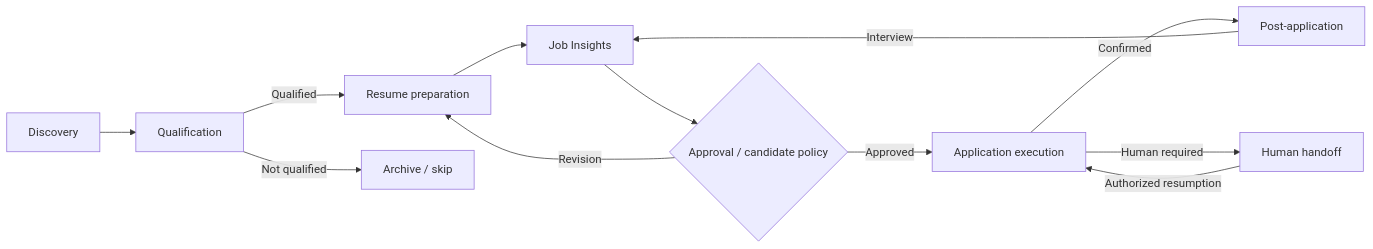
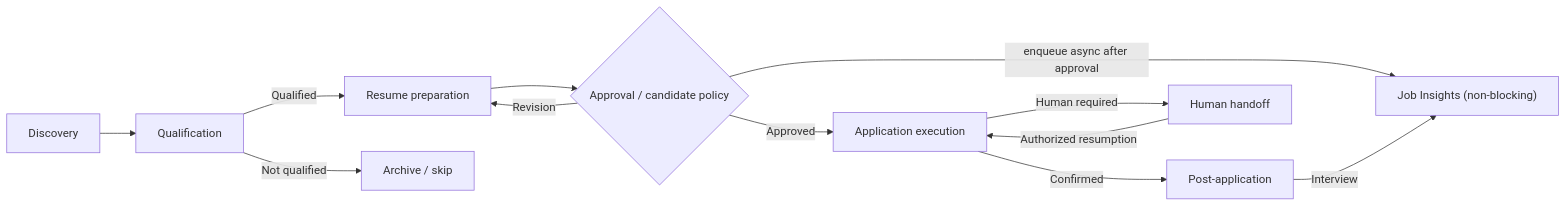
Before and after one commit to lucifer-diaz/AI-Job-Hunt: the second of 2 diagrams in docs/architecture/agentic-roadmap.md, drawn with Mermaid. The commit also changed other lines of this file, not shown here.

Commit message:
docs: address PR review on approval flow, MCP reuse, browser isolation, trace privacy

```diff
--- a/docs/architecture/agentic-roadmap.md
+++ b/docs/architecture/agentic-roadmap.md
@@ -93,14 +94,14 @@
 ~~~mermaid
 flowchart LR
     D["Discovery"] --> Q["Qualification"]
     Q -->|"Qualified"| R["Resume preparation"]
     Q -->|"Not qualified"| X["Archive / skip"]
-    R --> I["Job Insights"]
-    I --> G{"Approval / candidate policy"}
+    R --> G{"Approval / candidate policy"}
     G -->|"Approved"| A["Application execution"]
+    G -->|"enqueue async after approval"| I["Job Insights (non-blocking)"]
     G -->|"Revision"| R
     A -->|"Confirmed"| P["Post-application"]
     A -->|"Human required"| H["Human handoff"]
     H -->|"Authorized resumption"| A
     P -->|"Interview"| I
 ~~~
```
